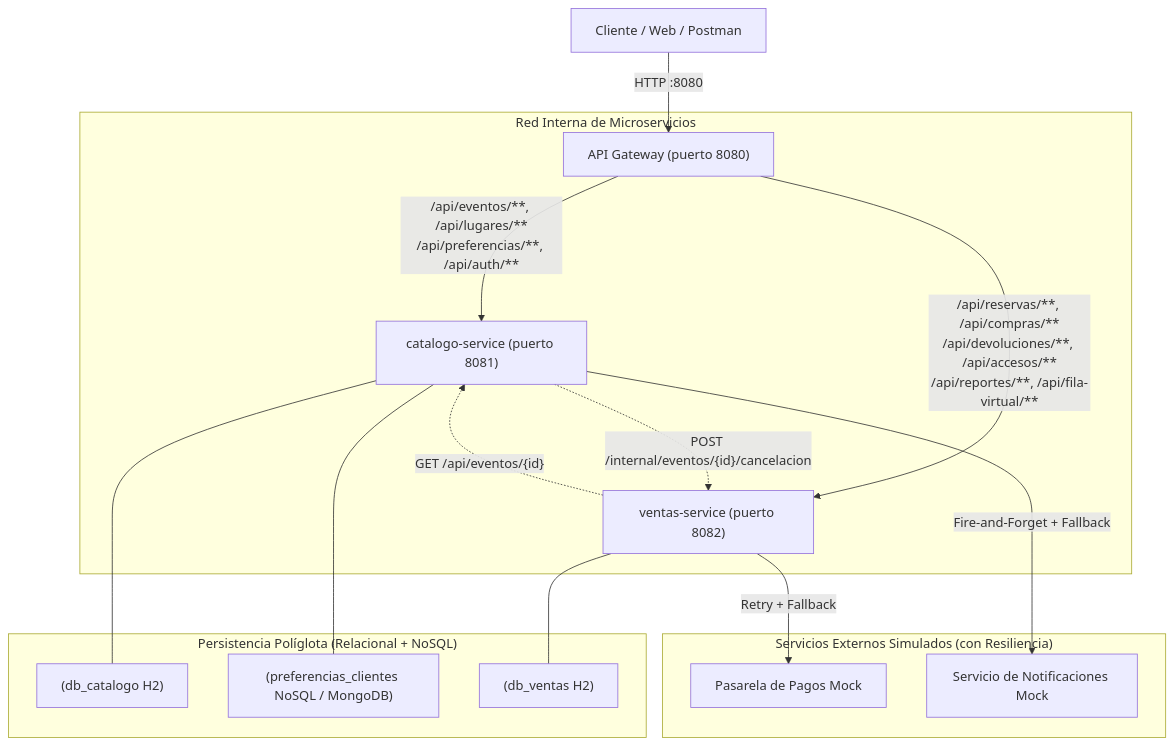
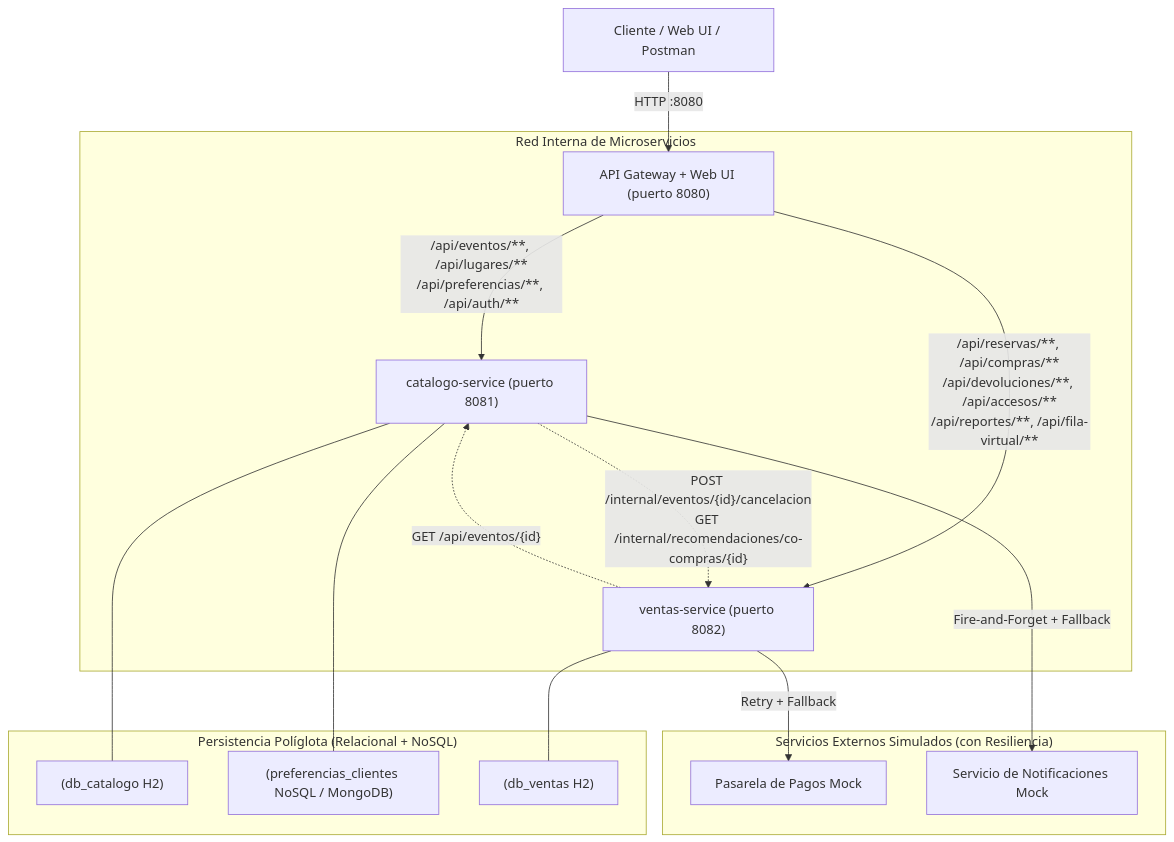
One commit to BrandonPenna/GrupoArqui changed the diagram in README.md. Above: the diagram before and after it, drawn with Mermaid. The commit also changed other lines of this file and 8 other files, not shown here.

````diff
--- a/README.md
+++ b/README.md
@@ -11,22 +11,22 @@
 ```mermaid
 graph TD
-    Client["Cliente / Web / Postman"] -->|HTTP :8080| Gateway["API Gateway (puerto 8080)"]
+    Client["Cliente / Web UI / Postman"] -->|HTTP :8080| Gateway["API Gateway + Web UI (puerto 8080)"]
 
     subgraph RedInterna ["Red Interna de Microservicios"]
         Gateway -->|"/api/eventos/**, /api/lugares/**<br/>/api/preferencias/**, /api/auth/**"| CatService["catalogo-service (puerto 8081)"]
         Gateway -->|"/api/reservas/**, /api/compras/**<br/>/api/devoluciones/**, /api/accesos/**<br/>/api/reportes/**, /api/fila-virtual/**"| VenService["ventas-service (puerto 8082)"]
-        CatService -.->|"POST /internal/eventos/{id}/cancelacion"| VenService
+        CatService -.->|"POST /internal/eventos/{id}/cancelacion<br/>GET /internal/recomendaciones/co-compras/{id}"| VenService
         VenService -.->|"GET /api/eventos/{id}"| CatService
     end
 
     subgraph BasesDatos ["Persistencia Políglota (Relacional + NoSQL)"]
         CatService --- DBCat["(db_catalogo H2)"]
         CatService --- DBMongo["(preferencias_clientes NoSQL / MongoDB)"]
         VenService --- DBVen["(db_ventas H2)"]
     end
 
     subgraph Externos ["Servicios Externos Simulados (con Resiliencia)"]
         VenService -->|Retry + Fallback| Pasarela["Pasarela de Pagos Mock"]
         CatService -->|Fire-and-Forget + Fallback| Notif["Servicio de Notificaciones Mock"]
     end
 ```
````
